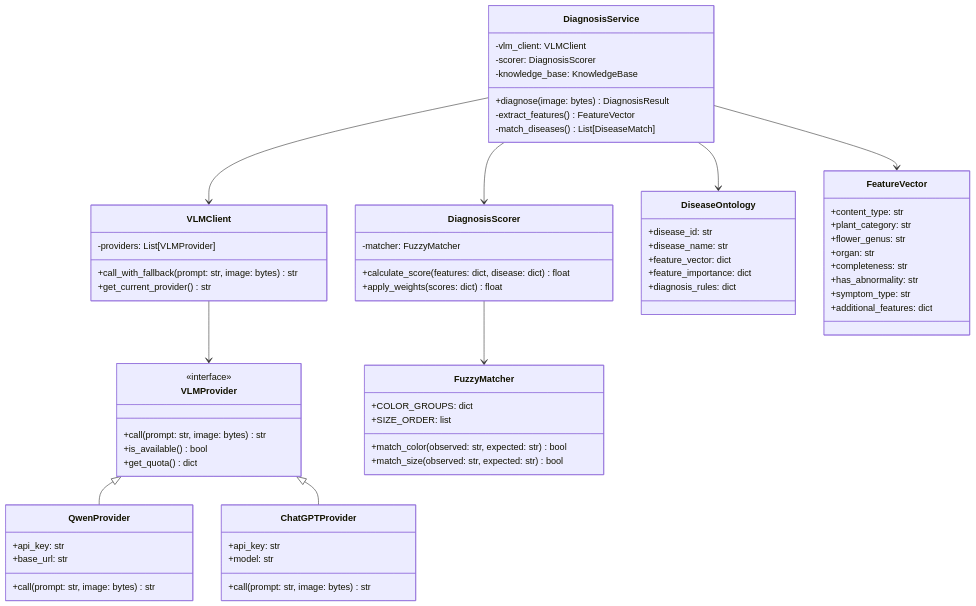
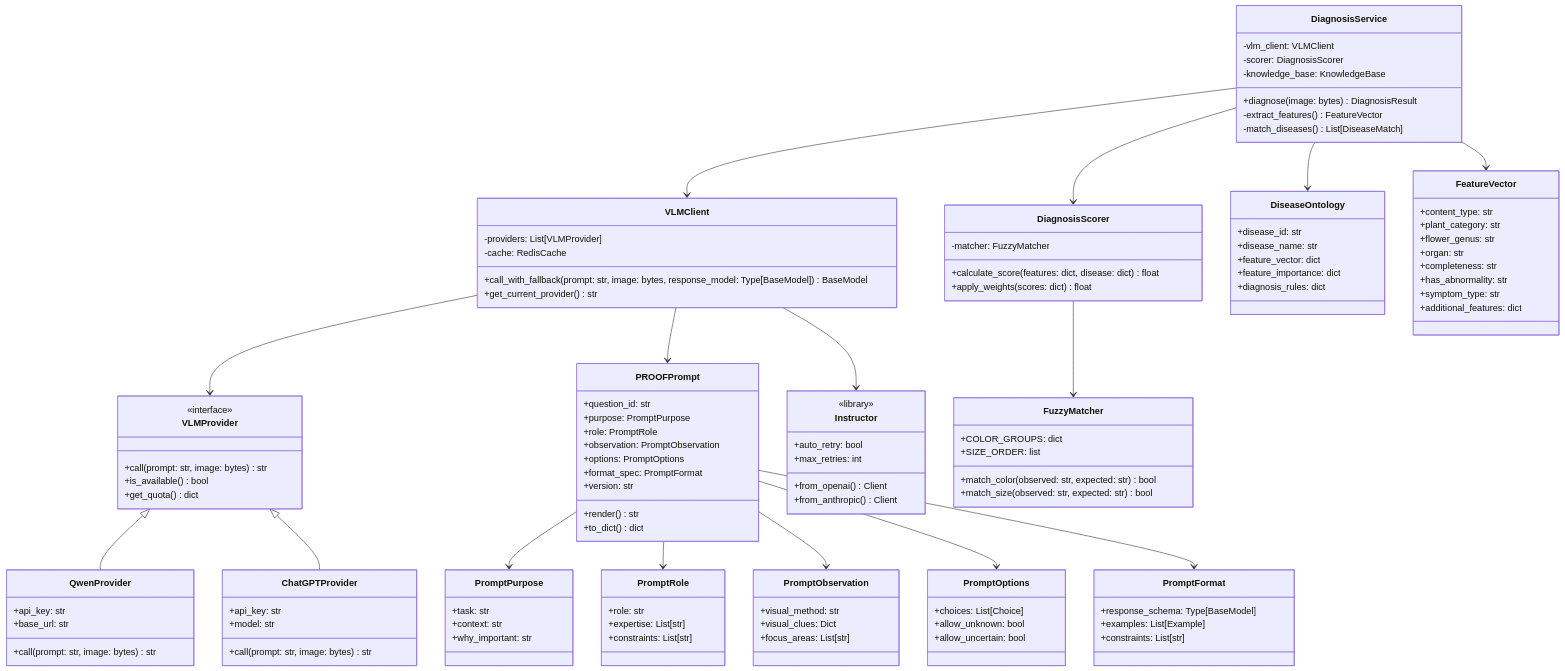
One commit to huacc/PhytoOracle changed the third of 3 diagrams in docs/design/详细设计文档.md. Above: the diagram before and after it, drawn with Mermaid. The commit also changed other lines of this file and 6 other files, not shown here.

````diff
--- a/docs/design/详细设计文档.md
+++ b/docs/design/详细设计文档.md
@@ -199,6 +211,55 @@
 ```mermaid
 classDiagram
-    %% VLM抽象层
+    %% 提示词工程框架（核心基础设施）
+    class PROOFPrompt {
+        +question_id: str
+        +purpose: PromptPurpose
+        +role: PromptRole
+        +observation: PromptObservation
+        +options: PromptOptions
+        +format_spec: PromptFormat
+        +version: str
+        +render() str
+        +to_dict() dict
+    }
+
+    class PromptPurpose {
+        +task: str
+        +context: str
+        +why_important: str
+    }
+
+    class PromptRole {
+        +role: str
+        +expertise: List[str]
+        +constraints: List[str]
+    }
+
+    class PromptObservation {
+        +visual_method: str
+        +visual_clues: Dict
+        +focus_areas: List[str]
+    }
+
+    class PromptOptions {
+        +choices: List[Choice]
+        +allow_unknown: bool
+        +allow_uncertain: bool
+    }
+
+    class PromptFormat {
+        +response_schema: Type[BaseModel]
+        +examples: List[Example]
+        +constraints: List[str]
+    }
+
+    PROOFPrompt --> PromptPurpose
+    PROOFPrompt --> PromptRole
+    PROOFPrompt --> PromptObservation
+    PROOFPrompt --> PromptOptions
+    PROOFPrompt --> PromptFormat
+
+    %% VLM抽象层 + Instructor集成
     class VLMProvider {
         <<interface>>
         +call(prompt: str, image: bytes) str
@@ -220,13 +281,24 @@
 
     class VLMClient {
         -providers: List[VLMProvider]
-        +call_with_fallback(prompt: str, image: bytes) str
+        -cache: RedisCache
+        +call_with_fallback(prompt: str, image: bytes, response_model: Type[BaseModel]) BaseModel
         +get_current_provider() str
+    }
+
+    class Instructor {
+        <<library>>
+        +from_openai() Client
+        +from_anthropic() Client
+        +auto_retry: bool
+        +max_retries: int
     }
 
     VLMProvider <|-- QwenProvider
     VLMProvider <|-- ChatGPTProvider
     VLMClient --> VLMProvider
+    VLMClient --> Instructor
+    VLMClient --> PROOFPrompt
 
     %% 诊断服务
     class DiagnosisService {
````
